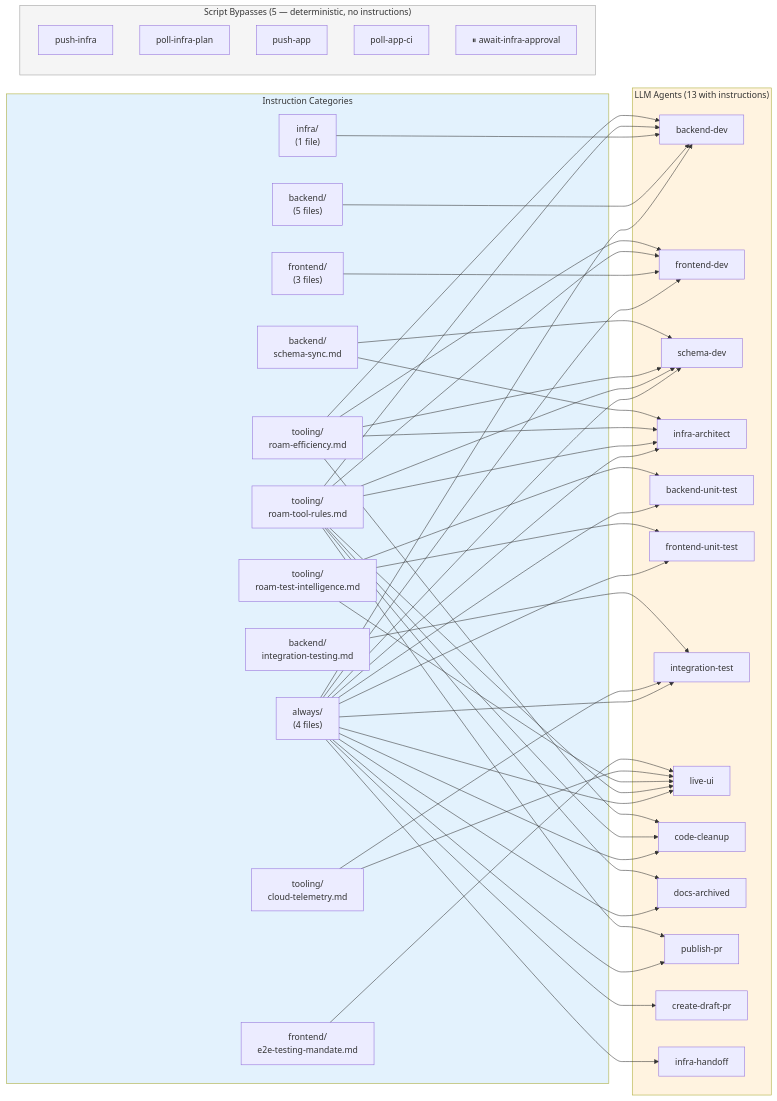
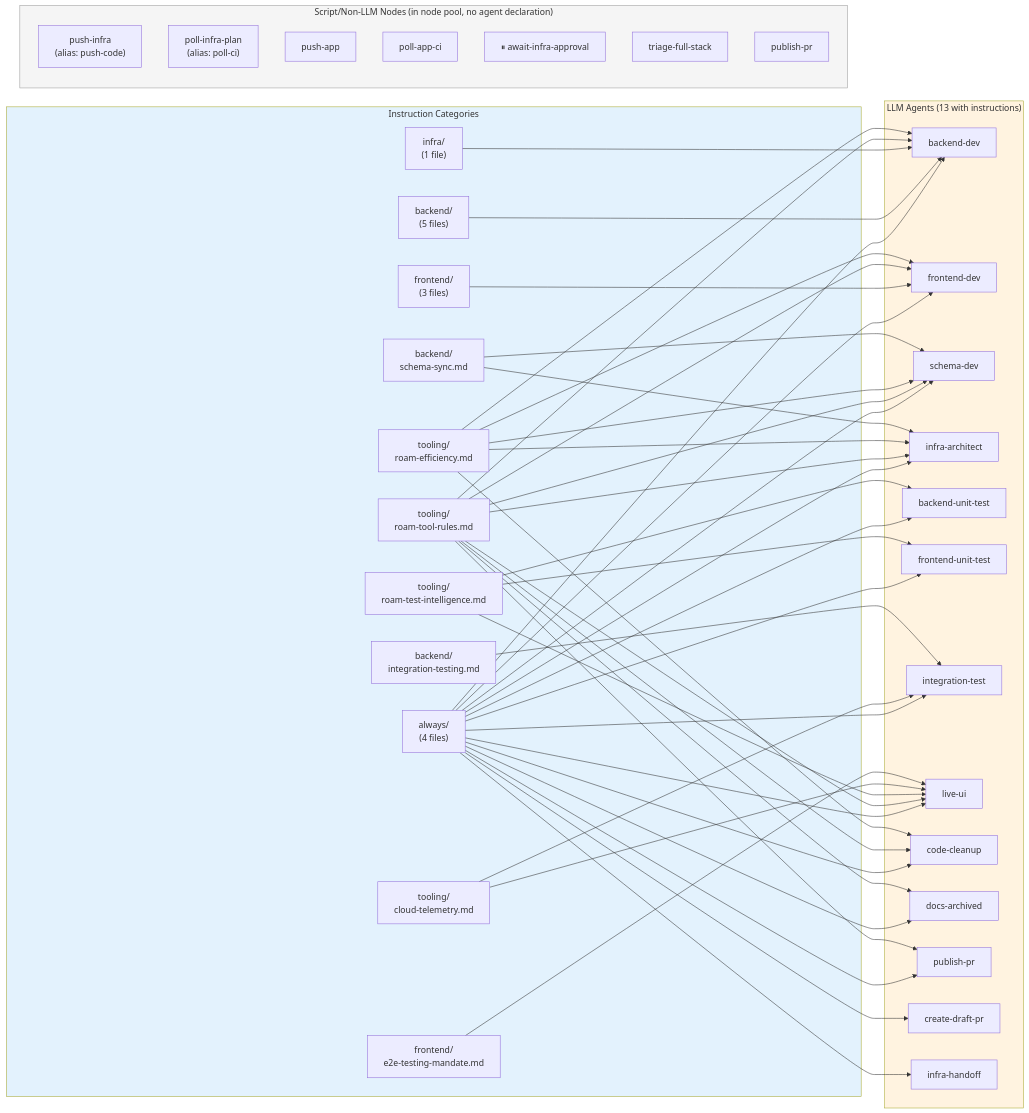
Before and after one commit to RomanKaliupinMelonusa/DAGent-t: the third of 6 diagrams in tools/autonomous-factory/docs/03-apm-context.md, drawn with Mermaid. The commit also changed other lines of this file and 1 other file, not shown here.

First line of the commit message:
apm: shift default failure routing to nodes

````diff
--- a/tools/autonomous-factory/docs/03-apm-context.md
+++ b/tools/autonomous-factory/docs/03-apm-context.md
@@ -188,56 +210,58 @@
 ```mermaid
 flowchart LR
     subgraph RULES["Instruction Categories"]
         A["always/\n(4 files)"]
         B["backend/\n(5 files)"]
         F["frontend/\n(3 files)"]
         I["infra/\n(1 file)"]
         T1["tooling/\nroam-tool-rules.md"]
         T2["tooling/\nroam-efficiency.md"]
         T3["tooling/\nroam-test-intelligence.md"]
         T4["tooling/\ncloud-telemetry.md"]
         BS["backend/\nschema-sync.md"]
         FE["frontend/\ne2e-testing-mandate.md"]
         BI["backend/\nintegration-testing.md"]
     end
 
     subgraph AGENTS["LLM Agents (13 with instructions)"]
         P1["backend-dev"]
         P2["frontend-dev"]
         P3["schema-dev"]
         P3B["infra-architect"]
         P4["backend-unit-test"]
         P5["frontend-unit-test"]
         P6["integration-test"]
         P7["live-ui"]
         P8["code-cleanup"]
         P9["docs-archived"]
         P10["publish-pr"]
         P11["create-draft-pr"]
         P12["infra-handoff"]
     end
 
-    subgraph SCRIPT["Script Bypasses (5 — deterministic, no instructions)"]
-        S1["push-infra"]
-        S2["poll-infra-plan"]
+    subgraph SCRIPT["Script/Non-LLM Nodes (in node pool, no agent declaration)"]
+        S1["push-infra\n(alias: push-code)"]
+        S2["poll-infra-plan\n(alias: poll-ci)"]
         S3["push-app"]
         S4["poll-app-ci"]
         S5["⏸ await-infra-approval"]
+        S6["triage-full-stack"]
+        S7["publish-pr"]
     end
 
     A --> P1 & P2 & P3 & P3B & P4 & P5 & P6 & P7 & P8 & P9 & P10 & P11 & P12
     B --> P1
     F --> P2
     I --> P1
     T1 --> P1 & P2 & P3 & P3B & P7 & P8 & P9 & P10
     T2 --> P1 & P2 & P3 & P3B & P8
     T3 --> P4 & P5 & P7
     T4 --> P6 & P7
     BS --> P3 & P3B
     FE --> P7
     BI --> P6
 
     style RULES fill:#e3f2fd
     style AGENTS fill:#fff3e0
     style SCRIPT fill:#f5f5f5,stroke:#9e9e9e
 ```
````
